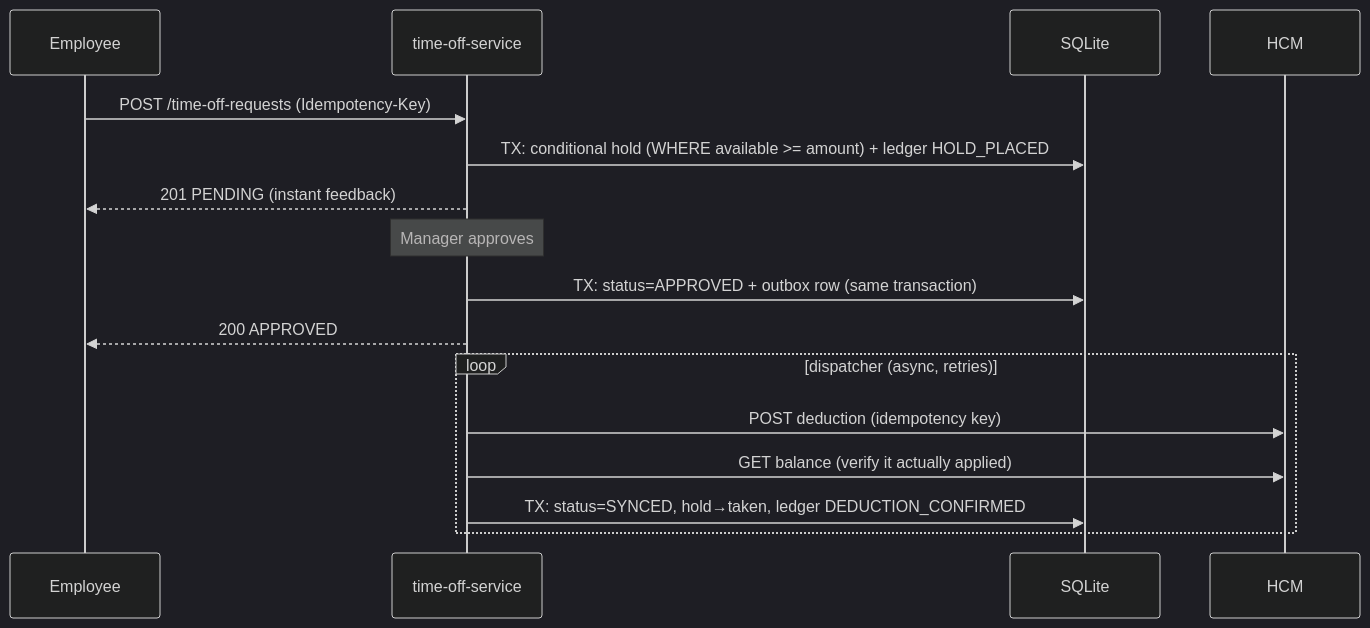
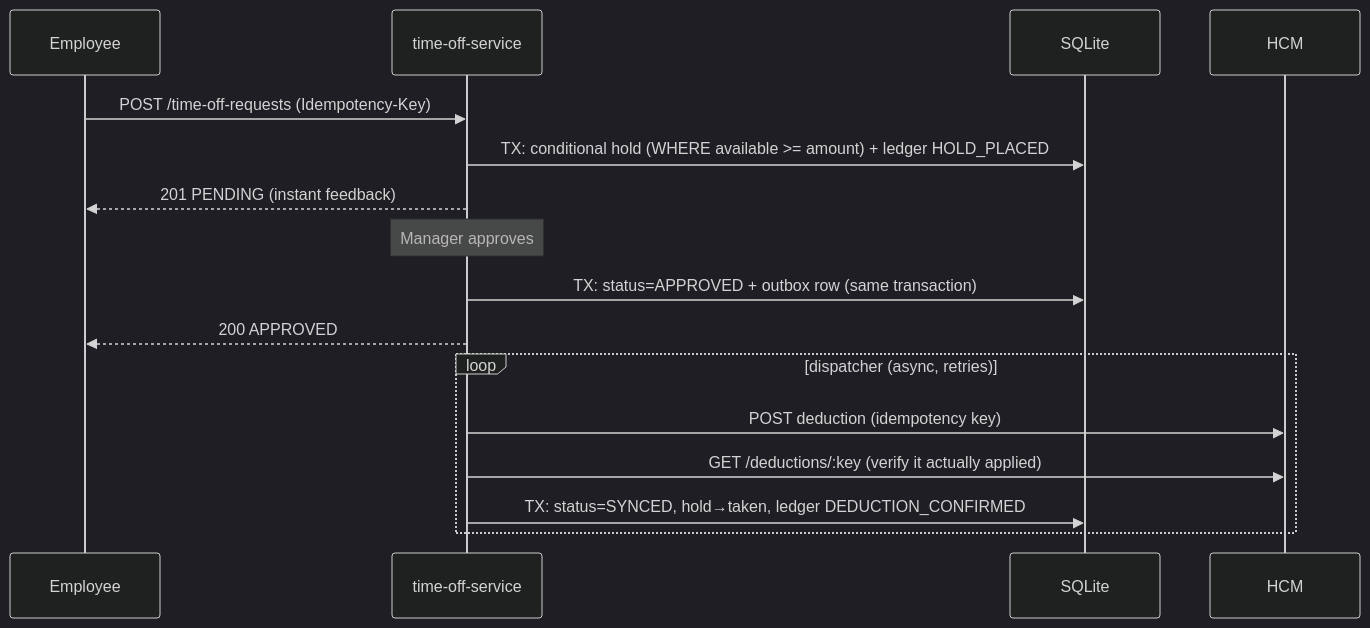
The first of 2 diagrams in TRD.md (1709abhishek/Hcm-Interface), drawn with Mermaid (dark theme) before and after one commit.

Commit message:
docs: align TRD sequence diagram with idempotency-key verification

````diff
--- a/TRD.md
+++ b/TRD.md
@@ -83,19 +83,19 @@
 ```mermaid
 sequenceDiagram
     participant E as Employee
     participant S as time-off-service
     participant DB as SQLite
     participant H as HCM
 
     E->>S: POST /time-off-requests (Idempotency-Key)
     S->>DB: TX: conditional hold (WHERE available >= amount) + ledger HOLD_PLACED
     S-->>E: 201 PENDING (instant feedback)
     Note over S: Manager approves
     S->>DB: TX: status=APPROVED + outbox row (same transaction)
     S-->>E: 200 APPROVED
     loop dispatcher (async, retries)
         S->>H: POST deduction (idempotency key)
-        S->>H: GET balance (verify it actually applied)
+        S->>H: GET /deductions/:key (verify it actually applied)
         S->>DB: TX: status=SYNCED, hold→taken, ledger DEDUCTION_CONFIRMED
     end
 ```
````
